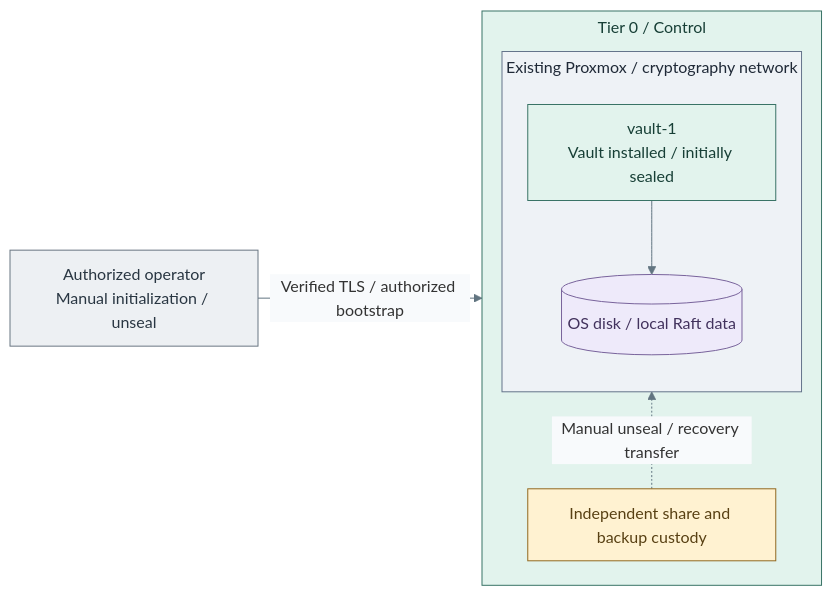
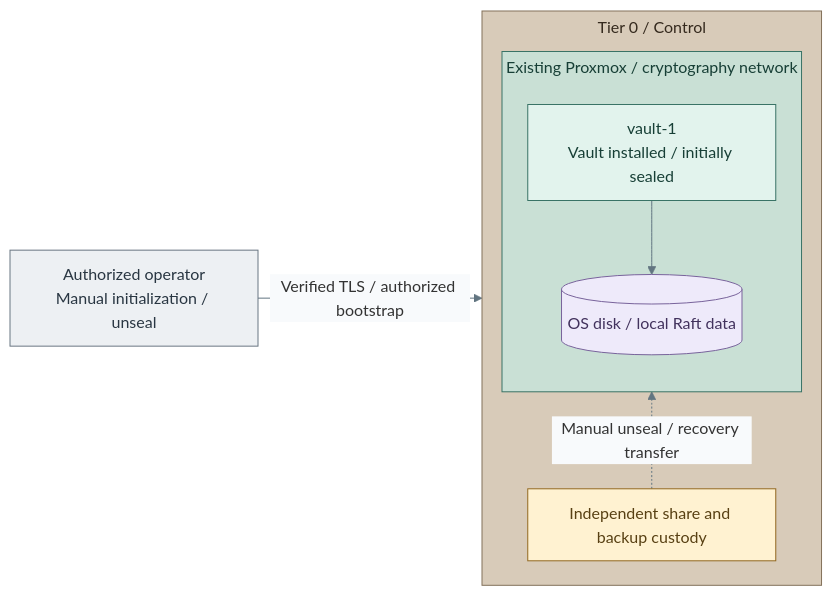
One commit to Rexus/homelab changed the diagram in docs/03-deployment/stage-6-secrets/step-1b-vault-vm.md. Above: the diagram before and after it, drawn with Mermaid. The commit also changed 108 other files, not shown here.

Commit message:
docs(diagrams): unify visual language and opening views

````diff
--- a/docs/03-deployment/stage-6-secrets/step-1b-vault-vm.md
+++ b/docs/03-deployment/stage-6-secrets/step-1b-vault-vm.md
@@ -18,28 +18,31 @@
 ```mermaid
 %%{init: {"theme":"base","flowchart":{"nodeSpacing":20,"rankSpacing":24,"padding":12,"subGraphTitleMargin":{"top":4,"bottom":12}},"themeVariables":{"lineColor":"#627581","edgeLabelBackground":"#f8fafc"}}}%%
 flowchart LR
   Operator["Authorized operator<br/>Manual initialization / unseal"]
   subgraph T0["Tier 0 / Control"]
     direction BT
     Recovery["Independent share and backup custody"]
     subgraph PVE["Existing Proxmox / cryptography network"]
       direction TB
       VM["vault-1<br/>Vault installed / initially sealed"]
       Data[("OS disk / local Raft data")]
       VM --> Data
     end
     Recovery -. Manual unseal / recovery transfer .-> PVE
   end
   Operator -->|Verified TLS / authorized bootstrap| T0
   classDef default fill:#f8fafc,stroke:#64748b,color:#1f2937
   classDef actor fill:#edf0f3,stroke:#697682,color:#293642
   classDef control fill:#e2f3ed,stroke:#397366,color:#173f36
   classDef data fill:#eeeafa,stroke:#78639b,color:#42325d
   classDef boundary fill:#eef2f6,stroke:#64748b,color:#1f2937
   classDef custody fill:#fff2d1,stroke:#926820,color:#584013
   class Operator actor
-  class T0,VM control
-  class PVE boundary
+  class VM control
   class Data data
   class Recovery custody
+  classDef tier0 fill:#d8cbb9,stroke:#83715a,color:#352a1e
+  class T0 tier0
+  classDef zoneControl fill:#c9e0d5,stroke:#397366,color:#173f36
+  class PVE zoneControl
 ```
````
